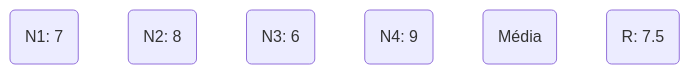
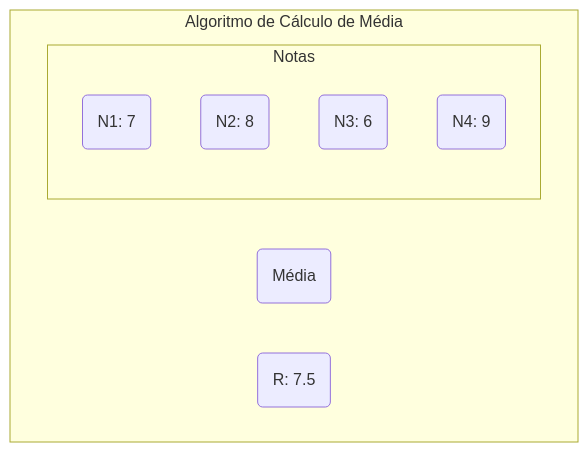
Before and after one commit to Daniel-Gehlen/algorithm-chapin: the diagram in README.md, drawn with Mermaid.

````diff
--- a/README.md
+++ b/README.md
@@ -1,9 +1,14 @@
 ```mermaid
 graph TD;
-    Nota1(N1: 7) & Nota2(N2: 8) & Nota3(N3: 6) & Nota4(N4: 9);
-    Média(Média);
-    Resultado(R: 7.5);
+    subgraph Algoritmo de Cálculo de Média
+        subgraph Notas
+            Nota1(N1: 7) & Nota2(N2: 8) & Nota3(N3: 6) & Nota4(N4: 9);
+        end
+        Média(Média);
+        Resultado(R: 7.5);
+    end
+
 
 
 
 ```
````
